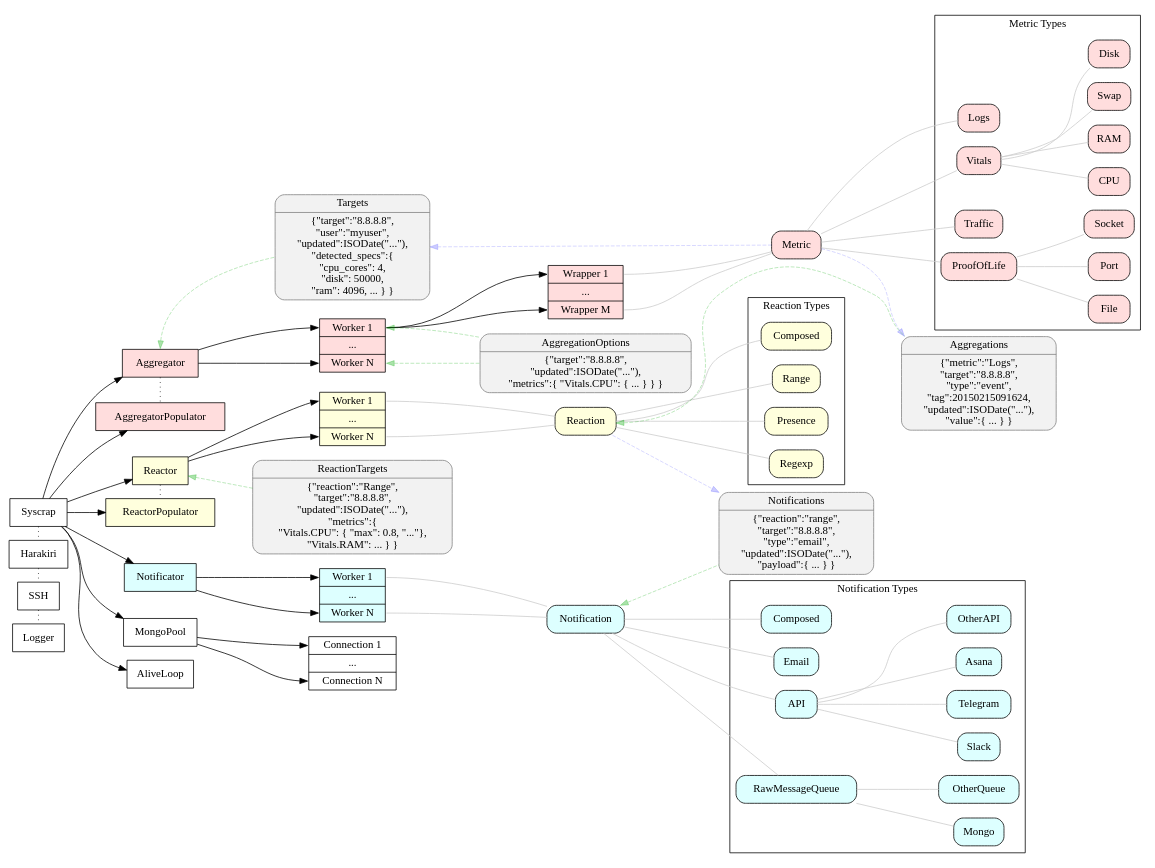
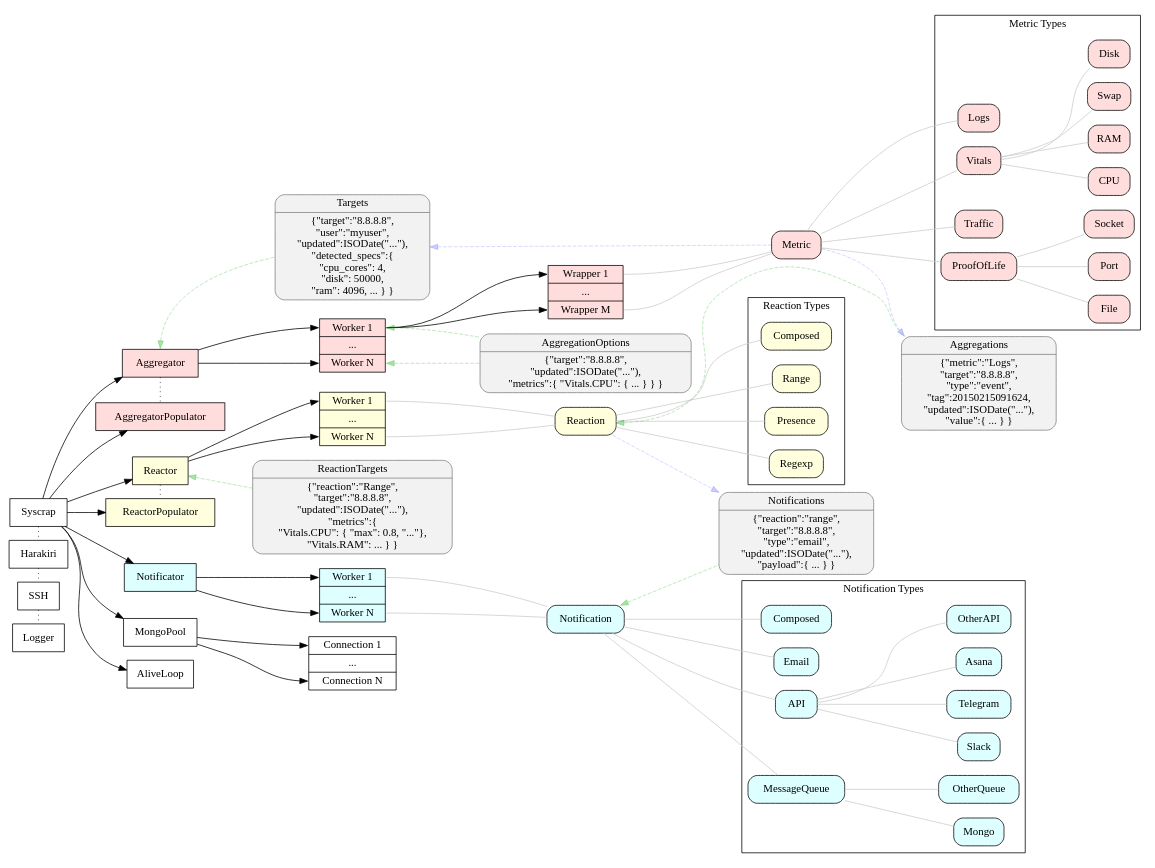
Before and after one commit to elpulgardelpanda/syscrap: the diagram in doc/syscrap.dot, drawn with Graphviz. The commit also changed 2 other files, not shown here.

```diff
--- a/doc/syscrap.dot
+++ b/doc/syscrap.dot
@@ -1,138 +1,138 @@
 # render: dot -O -Tpng syscrap.dot
 # auto-render: https://gist.github.com/rubencaro/75e7b163665b47e0094a
 digraph syscrap {
   # layout=neato;
   # splines=true;
   overlap=false;
   rankdir="LR";
   node [shape=box];
 
   # aggregation
   subgraph aggregation{
     node [style=filled,fillcolor="#ff000022"];
     {rank=same; AggregatorPopulator, Aggregator;}
     AggregatorWorker [shape=record,label="<1>Worker 1|...|<n>Worker N"];
     AggregatorWrapper [shape=record,label="<1>Wrapper 1|...|<n>Wrapper M"];
     AggregatorWorker:1 -> AggregatorWrapper:1, AggregatorWrapper:n;
     Aggregator -> AggregatorWorker:1, AggregatorWorker:n;
     Aggregator -> AggregatorPopulator [dir=none,style=dotted];
     { # namespace dependency only
       edge [dir=none,color=gray80];
       node [shape=Mrecord];
       AggregatorWrapper:1, AggregatorWrapper:n -> Metric;
       subgraph cluster_MetricTypes{
         label="Metric Types";
         Logs, Vitals, Traffic, ProofOfLife;
         Vitals -> CPU, RAM, Swap, Disk;
         ProofOfLife -> File, Port, Socket;
       }
       Metric -> Logs, Vitals, Traffic, ProofOfLife;
     }
   }
 
   # reaction
   subgraph reaction{
     node [style=filled,fillcolor="#ffff0022"];
     ReactorWorker [shape=record,label="<1>Worker 1|...|<n>Worker N"];
     {rank=same; ReactorPopulator, Reactor;}
     Reactor -> ReactorWorker:1, ReactorWorker:n;
     Reactor -> ReactorPopulator [dir=none,style=dotted];
     { # namespace dependency only
       edge [dir=none,color=gray80];
       node [shape=Mrecord];
       ComposedReactions [label="Composed"];
       subgraph cluster_ReactionTypes{
         label="Reaction Types";
         Range, Presence, Regexp, ComposedReactions;
       }
       Reaction -> Range, Presence, Regexp, ComposedReactions;
     }
     ReactorWorker:1, ReactorWorker:n -> Reaction [dir=none,color=gray80];
   }
 
   # notification
   subgraph notification{
     node [style=filled,fillcolor="#00ffff22"];
     NotificatorWorker [shape=record,label="<1>Worker 1|...|<n>Worker N"];
     Notificator -> NotificatorWorker:1, NotificatorWorker:n;
     { # namespace dependency only
       edge [dir=none,color=gray80];
       node [shape=Mrecord];
       ComposedNotifications [label="Composed"];
       subgraph cluster_NotificationTypes{
         label="Notification Types";
-        Email, API, RawMessageQueue, ComposedNotifications;
+        Email, API, MessageQueue, ComposedNotifications;
         API -> Slack, Telegram, Asana, OtherAPI;
-        RawMessageQueue -> Mongo, OtherQueue;
+        MessageQueue -> Mongo, OtherQueue;
       }
-      Notification -> Email, API, RawMessageQueue, ComposedNotifications;
+      Notification -> Email, API, MessageQueue, ComposedNotifications;
     }
     NotificatorWorker:1, NotificatorWorker:n -> Notification [dir=none,color=gray80];
   }
 
   # db
   MongoConnection [shape=record,label="<1>Connection 1|...|<n>Connection N"];
   MongoPool -> MongoConnection:1, MongoConnection:n;
 
   { node [color=gray,fillcolor=gray95,style=filled];
     Aggregations [shape=Mrecord, label="Aggregations |
     \{\"metric\":\"Logs\",\n
     \"target\":\"8.8.8.8\",\n
     \"type\":\"event\",\n
     \"tag\":20150215091624,\n
     \"updated\":ISODate(\"...\"),\n
     \"value\":\{ ... \} \}"];
 
     Notifications [shape=Mrecord, label="Notifications |
     \{\"reaction\":\"range\",\n
     \"target\":\"8.8.8.8\",\n
     \"type\":\"email\",\n
     \"updated\":ISODate(\"...\"),\n
     \"payload\":\{ ... \} \}"];
 
     Targets [shape=Mrecord, label="Targets |
     \{\"target\":\"8.8.8.8\",\n
     \"user\":\"myuser\",\n
     \"updated\":ISODate(\"...\"),\n
     \"detected_specs\":\{\n
     \"cpu_cores\": 4,\n
     \"disk\": 50000,\n
     \"ram\": 4096, ... \} \}"];
 
     AggregationOptions [shape=Mrecord, label="AggregationOptions |
     \{\"target\":\"8.8.8.8\",\n
     \"updated\":ISODate(\"...\"),\n
     \"metrics\":\{ \"Vitals.CPU\": \{ ... \} \} \}"];
 
     ReactionTargets [shape=Mrecord, label="ReactionTargets |
     \{\"reaction\":\"Range\",\n
     \"target\":\"8.8.8.8\",\n
     \"updated\":ISODate(\"...\"),\n
     \"metrics\":\{\n
       \"Vitals.CPU\": \{ \"max\": 0.8, \"...\"\},\n
       \"Vitals.RAM\": ... \} \}"];
   }
 
   # DB actions
   { # read
     edge [style=dashed,dir=back,color="#00aa0055"];
     Aggregator:n -> Targets;
     AggregatorWorker:1:e, AggregatorWorker:n:e -> AggregationOptions;
     Notification -> Notifications;
     Reaction -> Aggregations;
     Reactor -> ReactionTargets;
   }
   { # write
     edge [style=dashed,color="#0000ff33"];
     Metric -> Aggregations, Targets;
     Reaction -> Notifications;
   }
 
   {rank=same; AggregatorWorker, Targets}
 
   {rank=same; Syscrap -> Harakiri -> SSH -> Logger [dir=none,style=dotted];}
 
   # {rank=same; AggregatorPopulator, Aggregator, ReactorPopulator, Reactor, Notificator, AliveLoop, MongoPool;}
 
   Syscrap -> AggregatorPopulator, Aggregator, ReactorPopulator, Reactor, Notificator, AliveLoop, MongoPool;
 }
```
